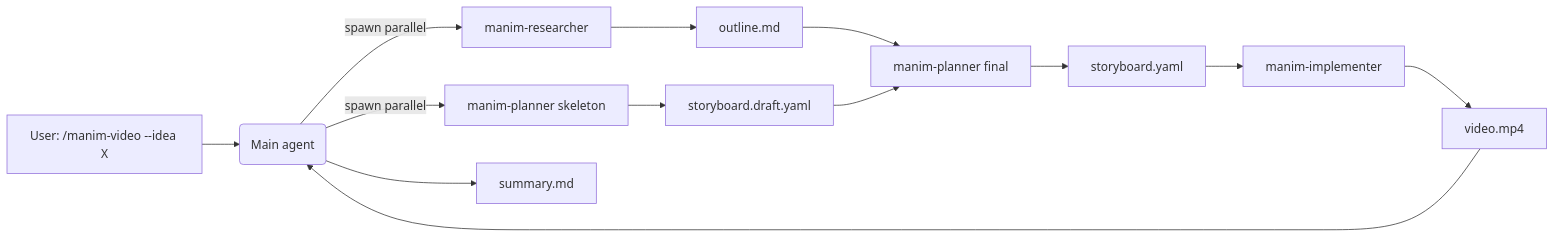
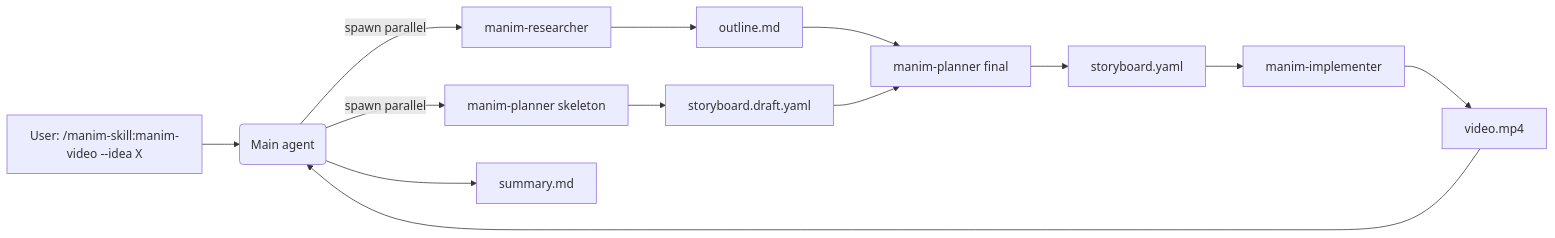
Before and after one commit to vumichien/manim-skill: the diagram in README.md, drawn with Mermaid. The commit also changed other lines of this file, not shown here.

````diff
--- a/README.md
+++ b/README.md
@@ -88,14 +188,14 @@
 ```mermaid
 flowchart LR
-  U[User: /manim-video --idea X] --> M(Main agent)
+  U[User: /manim-skill:manim-video --idea X] --> M(Main agent)
   M -->|spawn parallel| R[manim-researcher]
   M -->|spawn parallel| P1[manim-planner skeleton]
   R --> O[outline.md]
   P1 --> D[storyboard.draft.yaml]
   O & D --> P2[manim-planner final]
   P2 --> S[storyboard.yaml]
   S --> I[manim-implementer]
   I --> V[video.mp4]
   V --> M
   M --> SU[summary.md]
 ```
````
